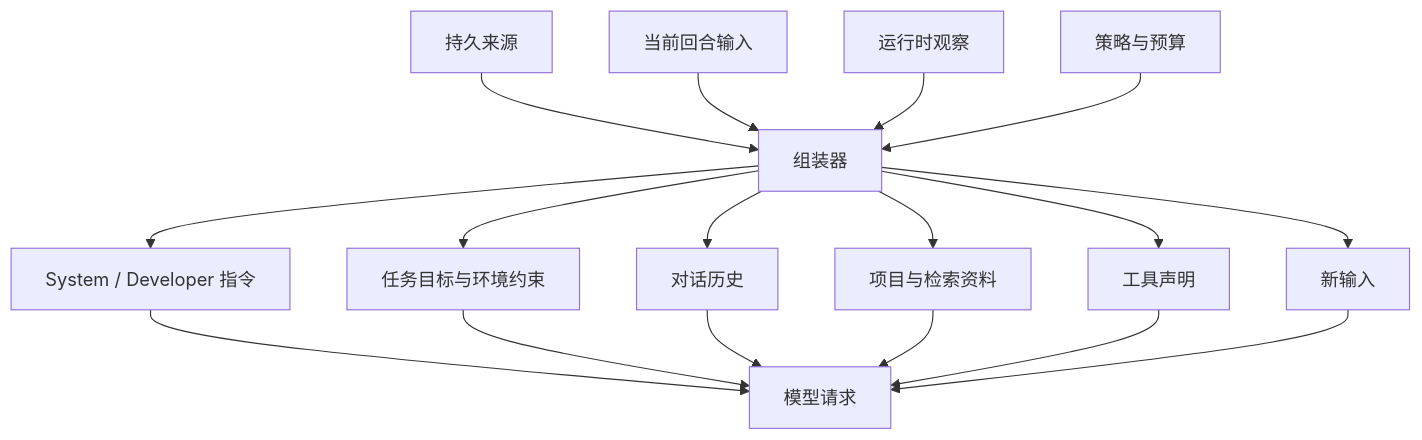
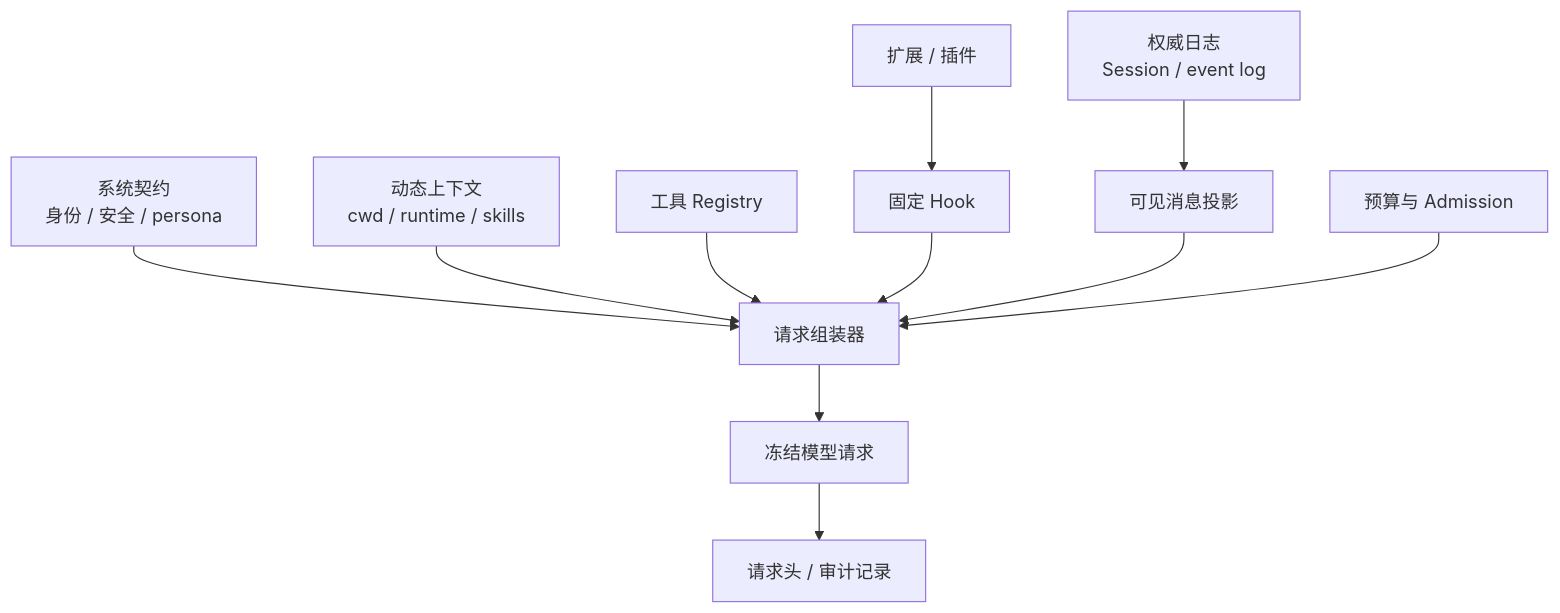
The first of 2 diagrams in tutorial/zh-CN/02-harness-mechanics/context-assembly.md (xiaoslin9153/awesome-agent-harness-tutorial), drawn with Mermaid before and after one commit. The commit also changed other lines of this file and 3 other files, not shown here.

````diff
--- a/tutorial/zh-CN/02-harness-mechanics/context-assembly.md
+++ b/tutorial/zh-CN/02-harness-mechanics/context-assembly.md
@@ -34,19 +55,13 @@
 ```mermaid
 flowchart TD
-  S[持久来源] --> G[组装器]
-  R[当前回合输入] --> G
-  T[运行时观察] --> G
-  P[策略与预算] --> G
-  G --> L1[System / Developer 指令]
-  G --> L2[任务目标与环境约束]
-  G --> L3[对话历史]
-  G --> L4[项目与检索资料]
-  G --> L5[工具声明]
-  G --> L6[新输入]
-  L1 --> Q[模型请求]
-  L2 --> Q
-  L3 --> Q
-  L4 --> Q
-  L5 --> Q
-  L6 --> Q
+  A[权威日志<br/>Session / event log] --> P[可见消息投影]
+  C[系统契约<br/>身份 / 安全 / persona] --> R[请求组装器]
+  D[动态上下文<br/>cwd / runtime / skills] --> R
+  T[工具 Registry] --> R
+  E[扩展 / 插件] --> H[固定 Hook]
+  H --> R
+  P --> R
+  B[预算与 Admission] --> R
+  R --> Q[冻结模型请求]
+  Q --> L[请求头 / 审计记录]
 ```
````
